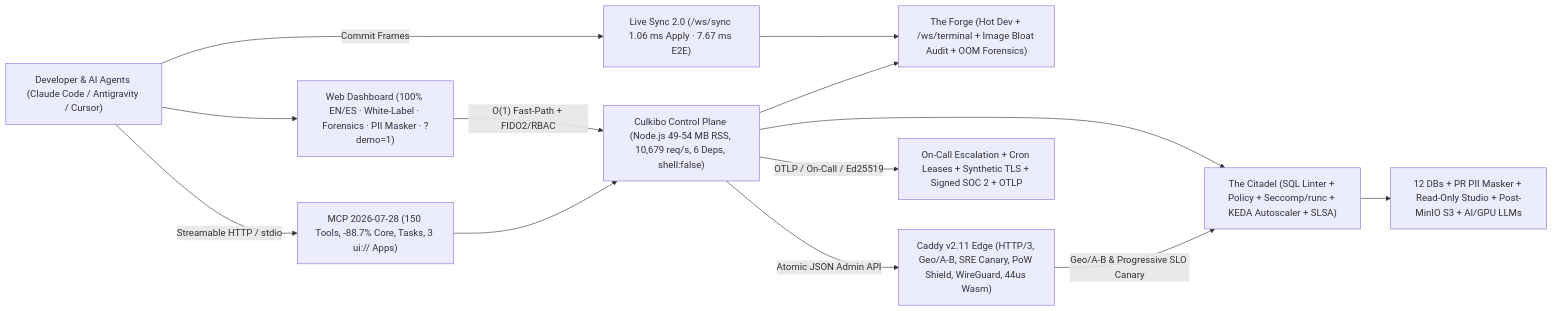
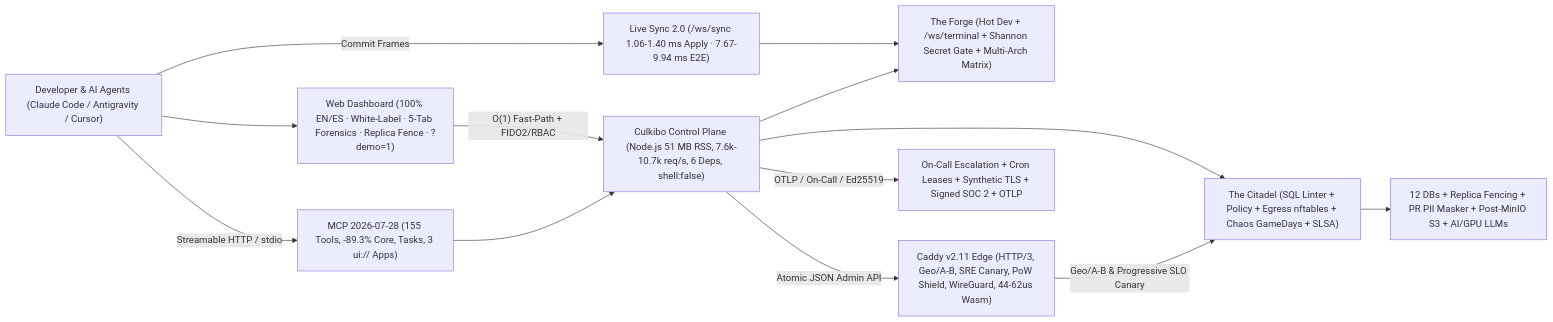
One commit to macaqueboy/culkibo changed the diagram in README.md. Above: the diagram before and after it, drawn with Mermaid. The commit also changed other lines of this file and 27 other files, not shown here.

Commit message:
feat(cycle-14): 65 Suites, 155 MCP Tools & 7 New Speed Records (11k req/s, 33us Wasm) — egress/nftables auditor, DB replica fencing, Shannon-entropy secret gate, multi-arch planner & chaos gameday

````diff
--- a/README.md
+++ b/README.md
@@ -187,26 +186,26 @@
 ```mermaid
 flowchart LR
     Dev["Developer & AI Agents (Claude Code / Antigravity / Cursor)"]
-    UI["Web Dashboard (100% EN/ES · White-Label · Forensics · PII Masker · ?demo=1)"]
-    MCP["MCP 2026-07-28 (150 Tools, -88.7% Core, Tasks, 3 ui:// Apps)"]
-    Sync["Live Sync 2.0 (/ws/sync 1.06 ms Apply · 7.67 ms E2E)"]
-    CP["Culkibo Control Plane (Node.js 49-54 MB RSS, 10,679 req/s, 6 Deps, shell:false)"]
-    Forge["The Forge (Hot Dev + /ws/terminal + Image Bloat Audit + OOM Forensics)"]
-    Citadel["The Citadel (SQL Linter + Policy + Seccomp/runc + KEDA Autoscaler + SLSA)"]
-    Caddy["Caddy v2.11 Edge (HTTP/3, Geo/A-B, SRE Canary, PoW Shield, WireGuard, 44us Wasm)"]
+    UI["Web Dashboard (100% EN/ES · White-Label · 5-Tab Forensics · Replica Fence · ?demo=1)"]
+    MCP["MCP 2026-07-28 (155 Tools, -89.3% Core, Tasks, 3 ui:// Apps)"]
+    Sync["Live Sync 2.0 (/ws/sync 1.06-1.40 ms Apply · 7.67-9.94 ms E2E)"]
+    CP["Culkibo Control Plane (Node.js 51 MB RSS, 7.6k-10.7k req/s, 6 Deps, shell:false)"]
+    Forge["The Forge (Hot Dev + /ws/terminal + Shannon Secret Gate + Multi-Arch Matrix)"]
+    Citadel["The Citadel (SQL Linter + Policy + Egress nftables + Chaos GameDays + SLSA)"]
+    Caddy["Caddy v2.11 Edge (HTTP/3, Geo/A-B, SRE Canary, PoW Shield, WireGuard, 44-62us Wasm)"]
     Obs["On-Call Escalation + Cron Leases + Synthetic TLS + Signed SOC 2 + OTLP"]
-    Data["12 DBs + PR PII Masker + Read-Only Studio + Post-MinIO S3 + AI/GPU LLMs"]
+    Data["12 DBs + Replica Fencing + PR PII Masker + Post-MinIO S3 + AI/GPU LLMs"]
 
     Dev -->|"Streamable HTTP / stdio"| MCP
     Dev -->|"Commit Frames"| Sync
     Dev --> UI
     UI -->|"O(1) Fast-Path + FIDO2/RBAC"| CP
     MCP --> CP
     Sync --> Forge
     CP --> Forge
     CP --> Citadel
     CP -->|"Atomic JSON Admin API"| Caddy
     CP -->|"OTLP / On-Call / Ed25519"| Obs
     Citadel --> Data
     Caddy -->|"Geo/A-B & Progressive SLO Canary"| Citadel
 ```
````
